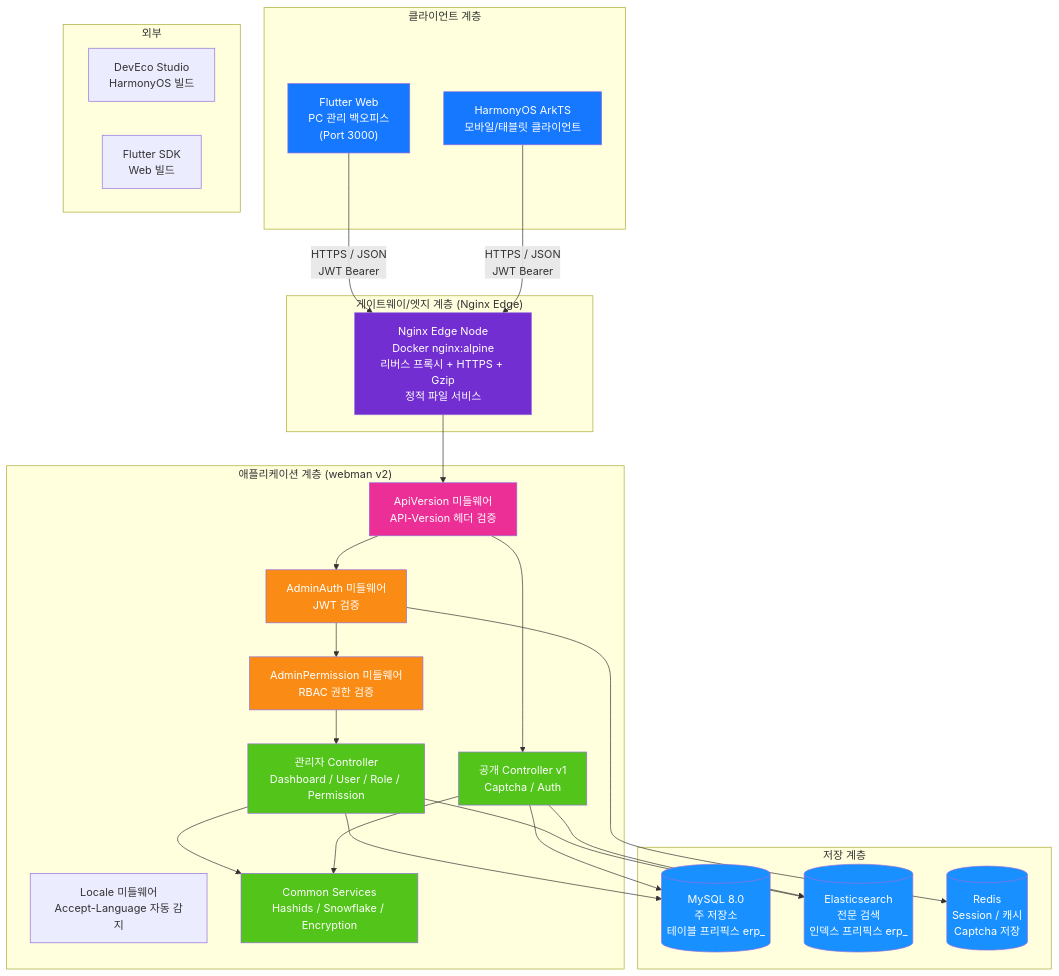
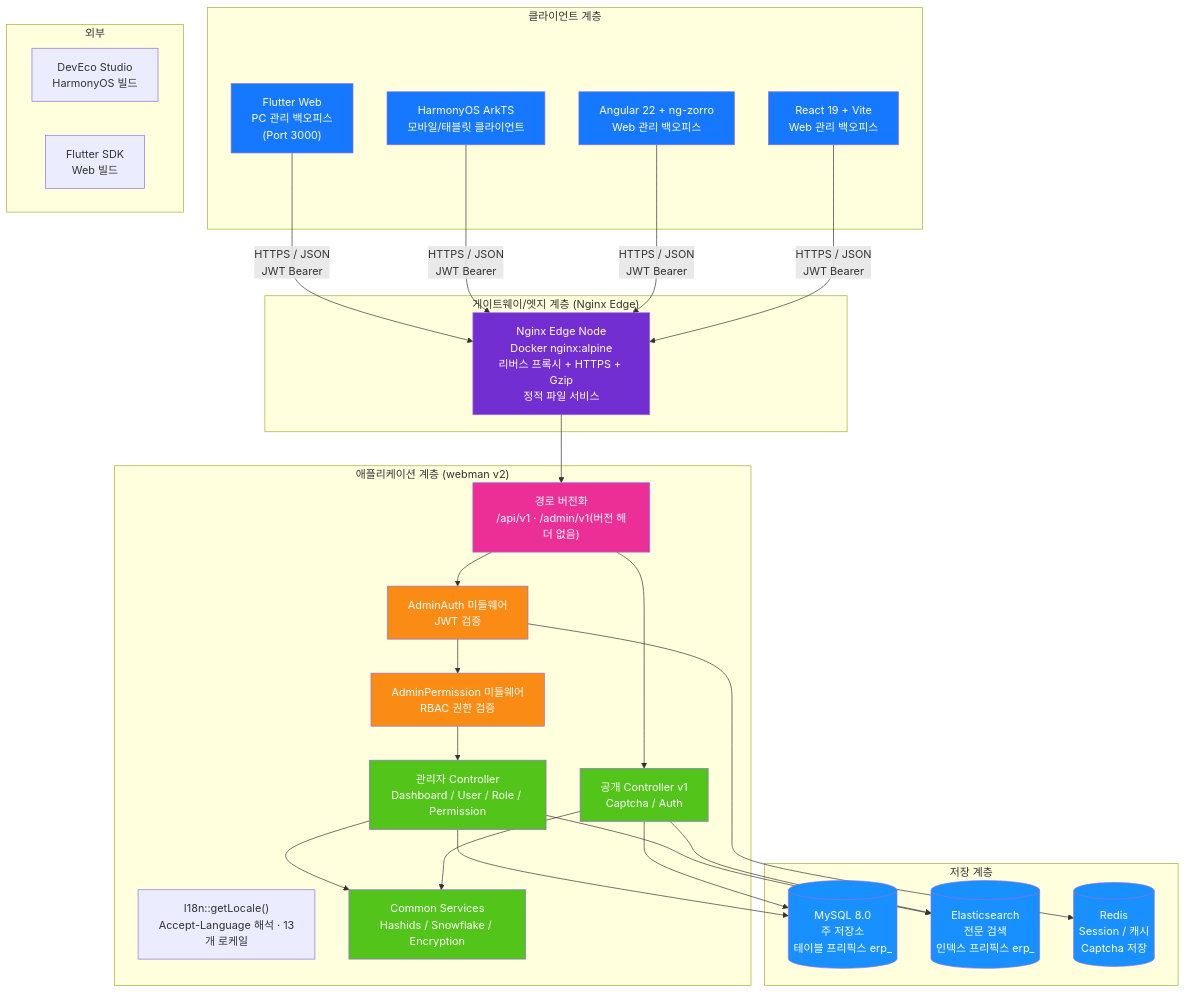
The first of 20 diagrams in docs/i18n/ko/ARCHITECTURE.md (erikwang2013/erp-php), drawn with Mermaid before and after one commit. The commit also changed other lines of this file and 325 other files, not shown here.

````diff
--- a/docs/i18n/ko/ARCHITECTURE.md
+++ b/docs/i18n/ko/ARCHITECTURE.md
@@ -11,60 +11,66 @@
 ```mermaid
 flowchart TB
     subgraph "클라이언트 계층"
         A1["Flutter Web<br/>PC 관리 백오피스<br/>(Port 3000)"]
         A2["HarmonyOS ArkTS<br/>모바일/태블릿 클라이언트"]
+        A3["Angular 22 + ng-zorro<br/>Web 관리 백오피스"]
+        A4["React 19 + Vite<br/>Web 관리 백오피스"]
     end
 
     subgraph "게이트웨이/엣지 계층 (Nginx Edge)"
         B1["Nginx Edge Node<br/>Docker nginx:alpine<br/>리버스 프록시 + HTTPS + Gzip<br/>정적 파일 서비스"]
     end
 
     subgraph "애플리케이션 계층 (webman v2)"
-        C_LOC["Locale 미들웨어<br/>Accept-Language 자동 감지"]
-        C0["ApiVersion 미들웨어<br/>API-Version 헤더 검증"]
+        C_LOC["I18n::getLocale()<br/>Accept-Language 해석 · 13개 로케일"]
+        C0["경로 버전화<br/>/api/v1 · /admin/v1(버전 헤더 없음)"]
         C1["AdminAuth 미들웨어<br/>JWT 검증"]
         C2["AdminPermission 미들웨어<br/>RBAC 권한 검증"]
         C3["관리자 Controller<br/>Dashboard / User / Role / Permission"]
         C4["공개 Controller v1<br/>Captcha / Auth"]
         C5["Common Services<br/>Hashids / Snowflake / Encryption"]
     end
 
     subgraph "저장 계층"
         D1[("MySQL 8.0<br/>주 저장소<br/>테이블 프리픽스 erp_")]
         D2[("Elasticsearch<br/>전문 검색<br/>인덱스 프리픽스 erp_")]
         D3[("Redis<br/>Session / 캐시<br/>Captcha 저장")]
     end
 
     subgraph "외부"
         E1["DevEco Studio<br/>HarmonyOS 빌드"]
         E2["Flutter SDK<br/>Web 빌드"]
     end
 
     A1 -->|"HTTPS / JSON<br/>JWT Bearer"| B1
     A2 -->|"HTTPS / JSON<br/>JWT Bearer"| B1
+    A3 -->|"HTTPS / JSON<br/>JWT Bearer"| B1
+    A4 -->|"HTTPS / JSON<br/>JWT Bearer"| B1
     B1 --> C0
     C0 --> C1
     C1 --> C2
     C2 --> C3
     C0 --> C4
     C3 --> C5
     C4 --> C5
     C3 --> D1
     C4 --> D1
     C3 --> D2
     C4 --> D2
     C1 --> D3
 
     style A1 fill:#1677FF,color:#fff
     style A2 fill:#1677FF,color:#fff
+    style A3 fill:#1677FF,color:#fff
+    style A4 fill:#1677FF,color:#fff
     style B1 fill:#722ED1,color:#fff
     style C0 fill:#EB2F96,color:#fff
     style C1 fill:#FA8C16,color:#fff
     style C2 fill:#FA8C16,color:#fff
     style C3 fill:#52C41A,color:#fff
     style C4 fill:#52C41A,color:#fff
     style C5 fill:#52C41A,color:#fff
     style D1 fill:#1890FF,color:#fff
     style D2 fill:#1890FF,color:#fff
     style D3 fill:#1890FF,color:#fff
 ```
````
